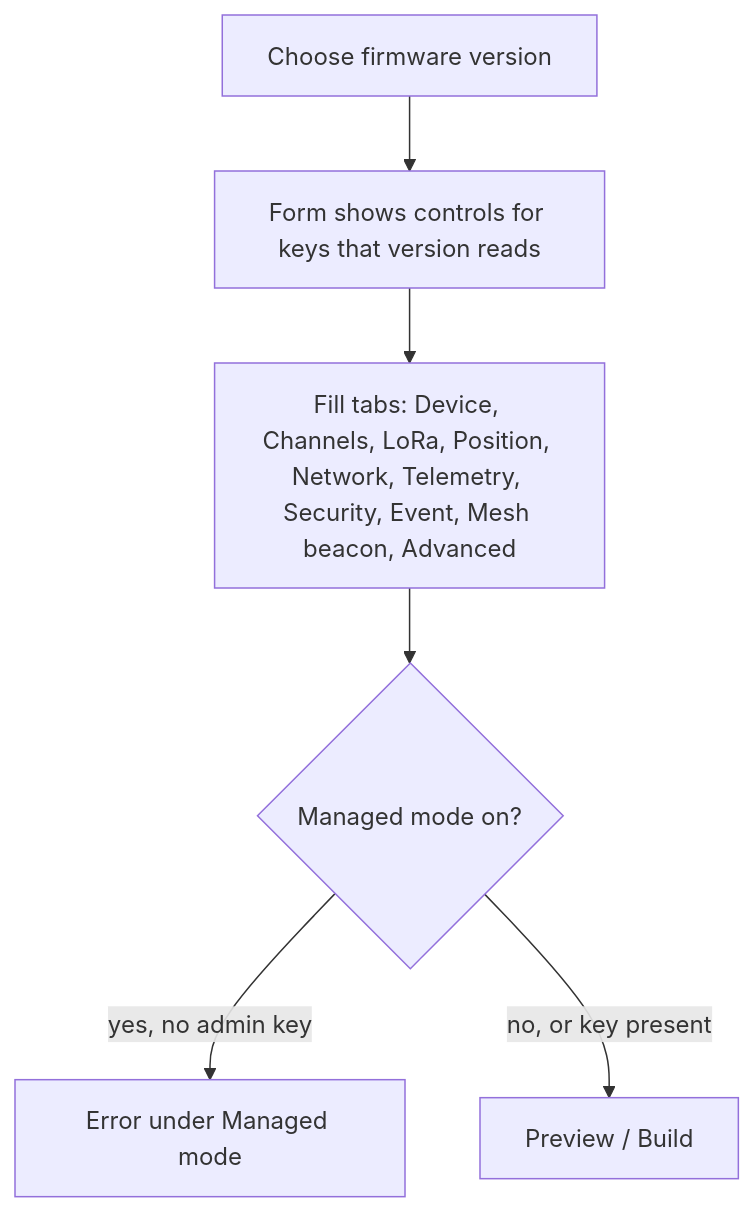
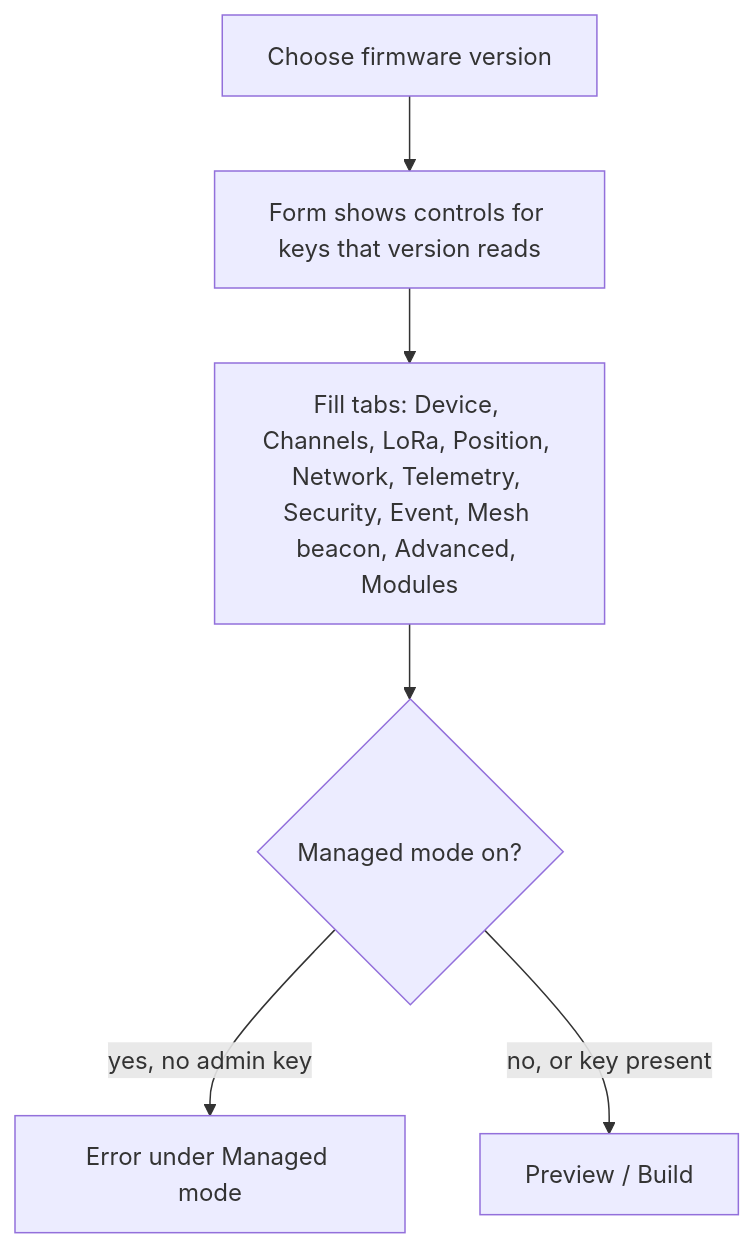
Before and after one commit to Crank-Git/MTFWBuilder: the diagram in docs/specs/features/11-config-coverage.md, drawn with Mermaid. The commit also changed other lines of this file and 10 other files, not shown here.

````diff
--- a/docs/specs/features/11-config-coverage.md
+++ b/docs/specs/features/11-config-coverage.md
@@ -77,8 +77,8 @@
 ```mermaid
 flowchart TD
   A[Choose firmware version] --> B[Form shows controls for keys that version reads]
-  B --> C[Fill tabs: Device, Channels, LoRa, Position, Network, Telemetry, Security, Event, Mesh beacon, Advanced]
+  B --> C[Fill tabs: Device, Channels, LoRa, Position, Network, Telemetry, Security, Event, Mesh beacon, Advanced, Modules]
   C --> D{Managed mode on?}
   D -->|yes, no admin key| E[Error under Managed mode]
   D -->|no, or key present| F[Preview / Build]
 ```
````
